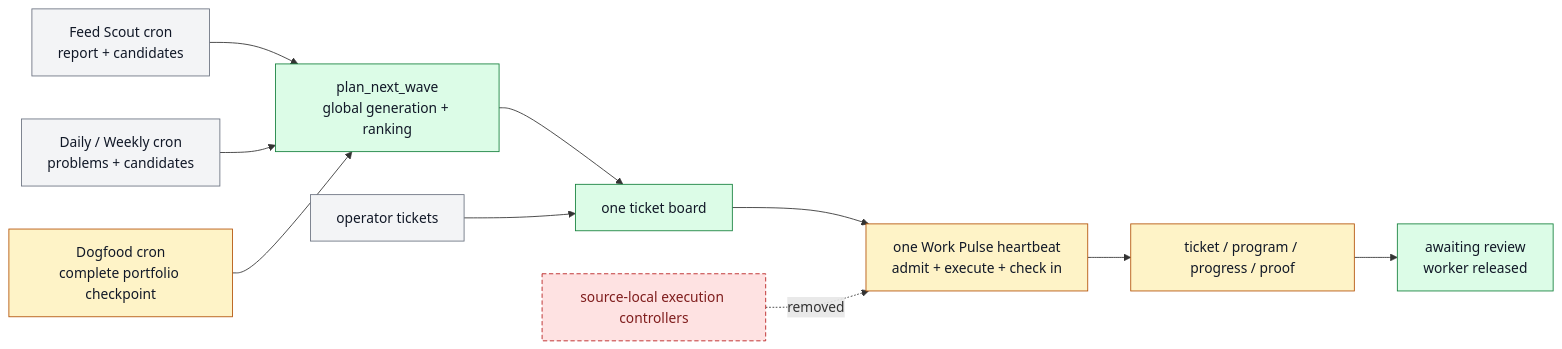
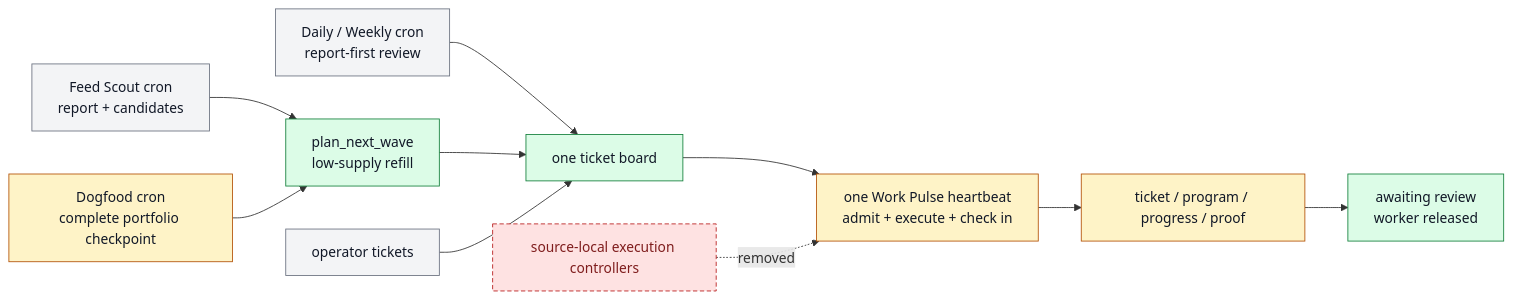
The diagram in docs/farplane-framework/pulse-and-interval-loop.md (ZanarkandTechnologies/Farplane), drawn with Mermaid before and after one commit. The commit also changed other lines of this file and 374 other files, not shown here.

````diff
--- a/docs/farplane-framework/pulse-and-interval-loop.md
+++ b/docs/farplane-framework/pulse-and-interval-loop.md
@@ -83,26 +87,26 @@
 ```mermaid
 flowchart LR
   classDef keep fill:#f3f4f6,stroke:#6b7280,color:#111827
   classDef changed fill:#fef3c7,stroke:#b45309,color:#111827
   classDef added fill:#dcfce7,stroke:#15803d,color:#111827
   classDef retired fill:#fee2e2,stroke:#b91c1c,color:#7f1d1d,stroke-dasharray: 5 3
 
-  planner["plan_next_wave<br/>global generation + ranking"]:::added
+  planner["plan_next_wave<br/>low-supply refill"]:::added
   feed["Feed Scout cron<br/>report + candidates"]:::keep
-  interval["Daily / Weekly cron<br/>problems + candidates"]:::keep
+  interval["Daily / Weekly cron<br/>report-first review"]:::keep
   dogfood["Dogfood cron<br/>complete portfolio checkpoint"]:::changed
   operator["operator tickets"]:::keep
   board["one ticket board"]:::added
   pulse["one Work Pulse heartbeat<br/>admit + execute + check in"]:::changed
   worker["ticket / program / progress / proof"]:::changed
   review["awaiting review<br/>worker released"]:::added
   controllers["source-local execution controllers"]:::retired
 
   feed --> planner
-  interval --> planner
+  interval --> board
   dogfood --> planner
   planner --> board
   operator --> board
   board --> pulse --> worker --> review
   controllers -. removed .-> pulse
 ```
````
